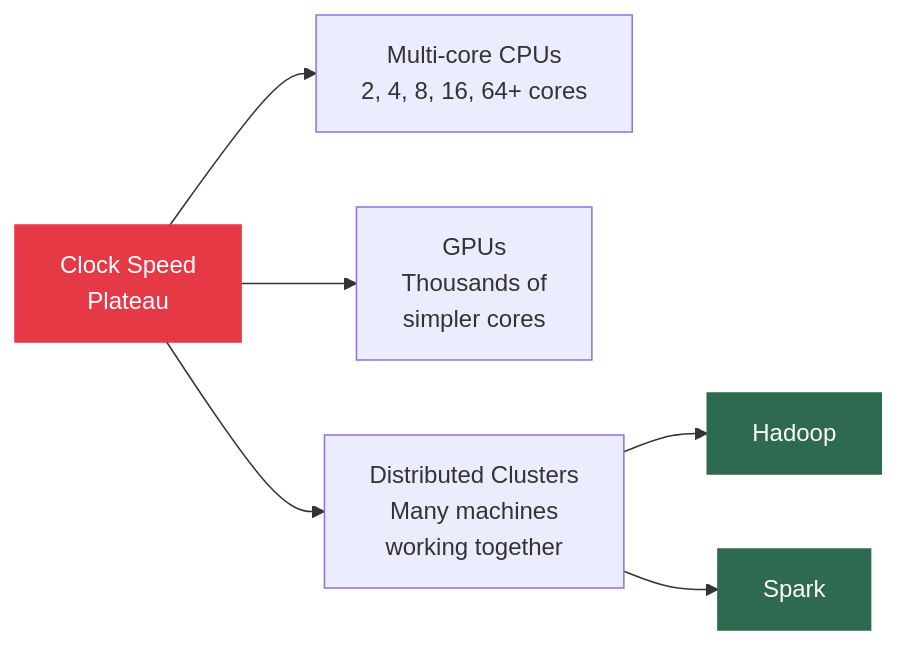
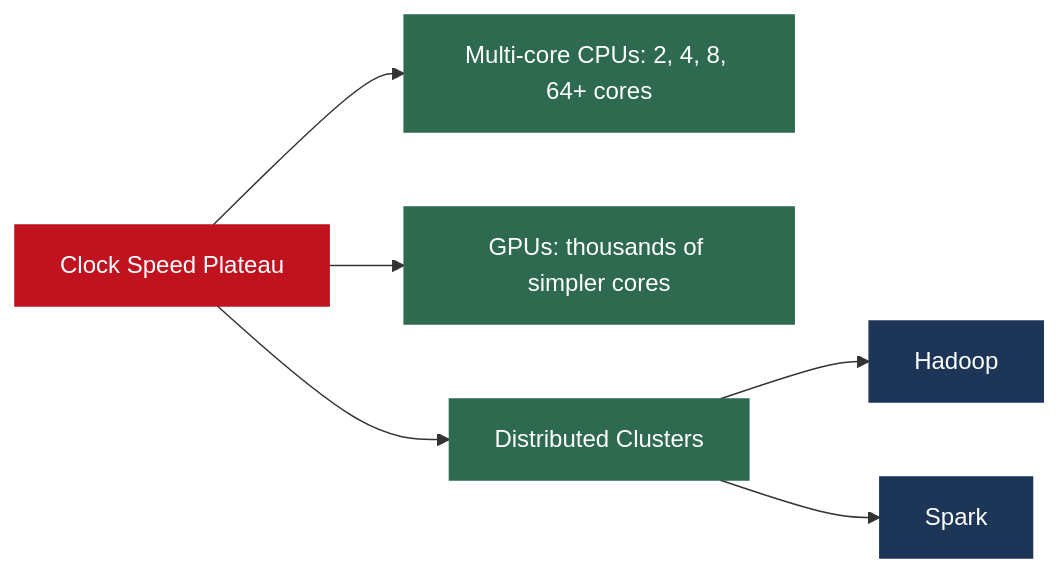
Before and after one commit to MuhammadTahaNasir/Big-Data-Analytics-Notes: the fifth of 14 diagrams in Week1/Lecture2_Hardware_Moores_Amdahls.md, drawn with Mermaid. The commit also changed other lines of this file, not shown here.

````diff
--- a/Week1/Lecture2_Hardware_Moores_Amdahls.md
+++ b/Week1/Lecture2_Hardware_Moores_Amdahls.md
@@ -161,13 +157,16 @@
 ```mermaid
 flowchart LR
-    WALL["Clock Speed\nPlateau"] --> MC["Multi-core CPUs\n2, 4, 8, 16, 64+ cores"]
-    WALL --> GPU["GPUs\nThousands of\nsimpler cores"]
-    WALL --> DC["Distributed Clusters\nMany machines\nworking together"]
+    WALL[Clock Speed Plateau] --> MC[Multi-core CPUs: 2, 4, 8, 64+ cores]
+    WALL --> GPU[GPUs: thousands of simpler cores]
+    WALL --> DC[Distributed Clusters]
 
-    DC --> HDP["Hadoop"]
-    DC --> SPK["Spark"]
+    DC --> HDP[Hadoop]
+    DC --> SPK[Spark]
 
-    style WALL fill:#e63946,color:#fff,stroke:#e63946
-    style HDP fill:#2d6a4f,color:#fff,stroke:#2d6a4f
-    style SPK fill:#2d6a4f,color:#fff,stroke:#2d6a4f
+    style WALL fill:#c1121f,color:#fff,stroke:#c1121f
+    style MC fill:#2d6a4f,color:#fff,stroke:#2d6a4f
+    style GPU fill:#2d6a4f,color:#fff,stroke:#2d6a4f
+    style DC fill:#2d6a4f,color:#fff,stroke:#2d6a4f
+    style HDP fill:#1d3557,color:#fff,stroke:#1d3557
+    style SPK fill:#1d3557,color:#fff,stroke:#1d3557
 ```
````
